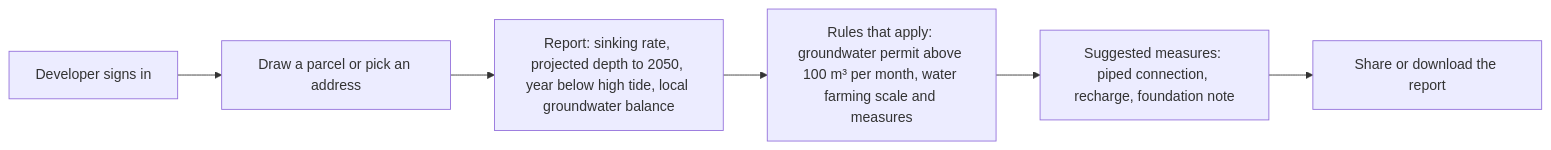
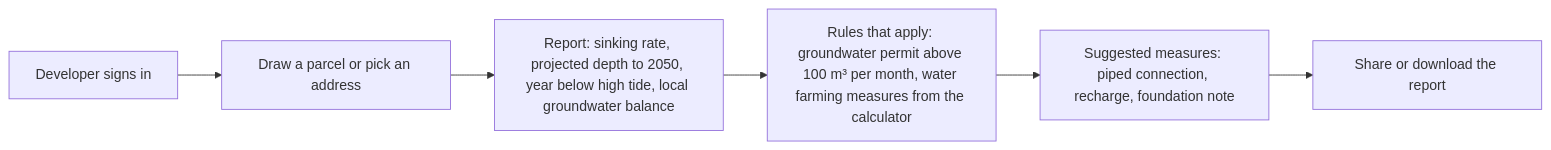
Before and after one commit to halmahera-dev/orbitalis: the seventh of 8 diagrams in docs/business-flow.md, drawn with Mermaid. The commit also changed other lines of this file and 2 other files, not shown here.

Commit message:
docs: add case report, pass digest, and water farming calculator features

````diff
--- a/docs/business-flow.md
+++ b/docs/business-flow.md
@@ -165,8 +170,8 @@
 ```mermaid
 flowchart LR
     A[Developer signs in] --> B[Draw a parcel or pick an address]
     B --> C[Report: sinking rate, projected depth to 2050, year below high tide, local groundwater balance]
-    C --> D[Rules that apply: groundwater permit above 100 m³ per month, water farming scale and measures]
+    C --> D[Rules that apply: groundwater permit above 100 m³ per month, water farming measures from the calculator]
     D --> E[Suggested measures: piped connection, recharge, foundation note]
     E --> F[Share or download the report]
 ```
````
